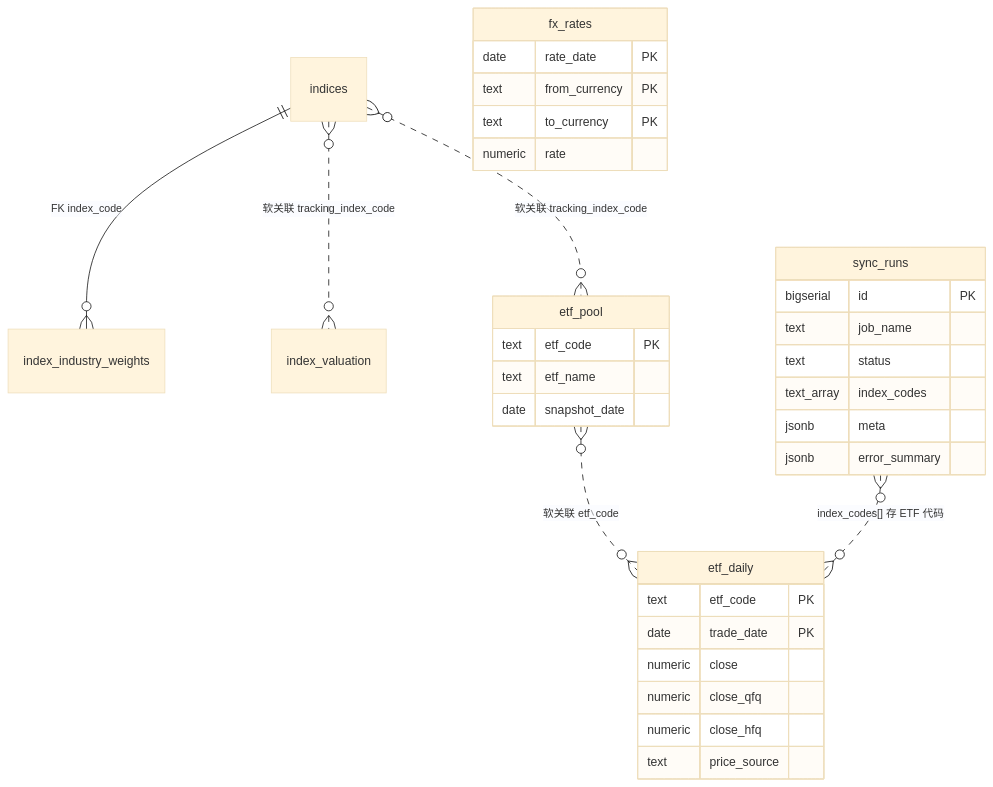
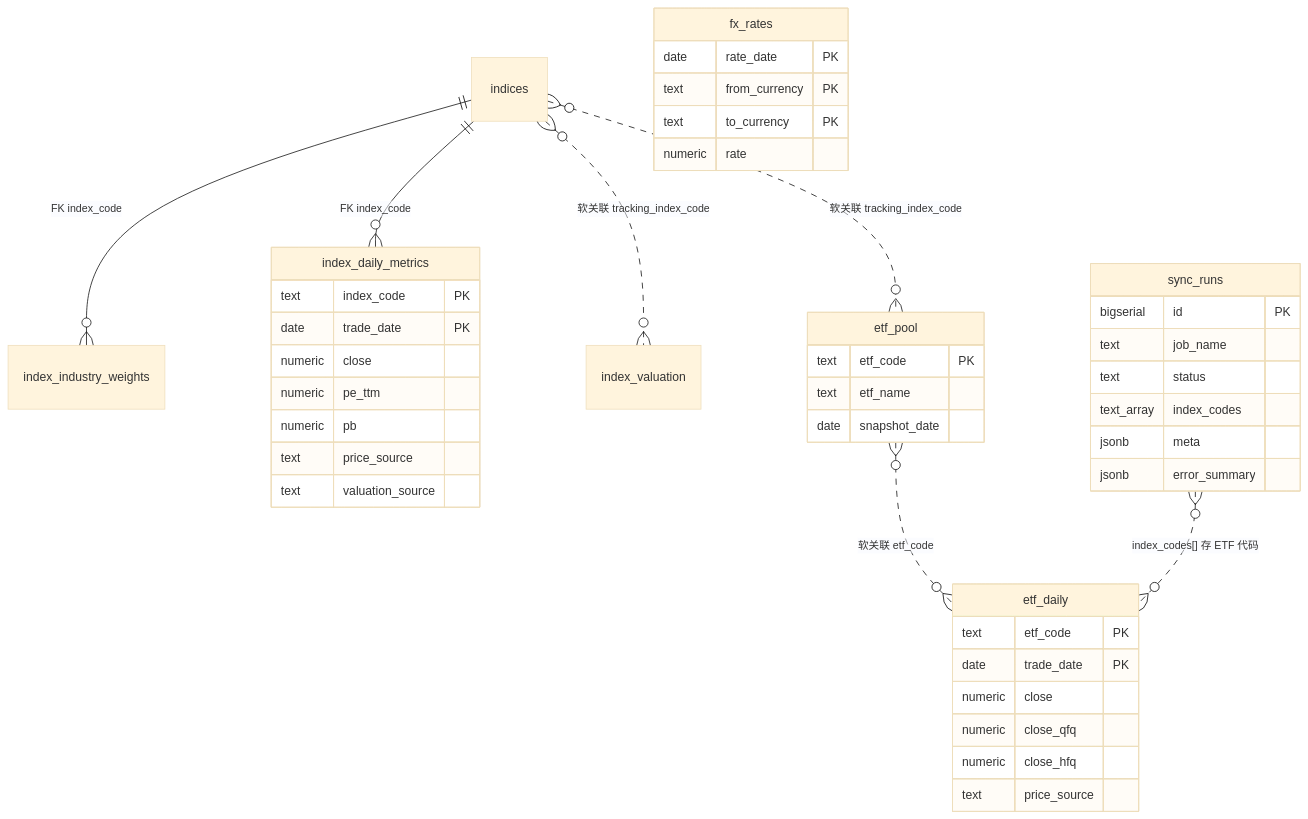
The diagram in doc/supabase-schema.md (AbnerSunLabs/scheduled-tasks), drawn with Mermaid (base theme) before and after one commit. The commit also changed other lines of this file and 15 other files, not shown here.

````diff
--- a/doc/supabase-schema.md
+++ b/doc/supabase-schema.md
@@ -46,40 +127,51 @@
 ```mermaid
 erDiagram
     indices ||--o{ index_industry_weights : "FK index_code"
+    indices ||--o{ index_daily_metrics : "FK index_code"
     indices }o..o{ index_valuation : "软关联 tracking_index_code"
     indices }o..o{ etf_pool : "软关联 tracking_index_code"
     etf_pool }o..o{ etf_daily : "软关联 etf_code"
     sync_runs }o..o{ etf_daily : "index_codes[] 存 ETF 代码"
 
     sync_runs {
         bigserial id PK
         text job_name
         text status
         text_array index_codes
         jsonb meta
         jsonb error_summary
     }
 
     etf_pool {
         text etf_code PK
         text etf_name
         date snapshot_date
     }
 
     etf_daily {
         text etf_code PK
         date trade_date PK
         numeric close
         numeric close_qfq
         numeric close_hfq
         text price_source
     }
 
+    index_daily_metrics {
+        text index_code PK
+        date trade_date PK
+        numeric close
+        numeric pe_ttm
+        numeric pb
+        text price_source
+        text valuation_source
+    }
+
     fx_rates {
         date rate_date PK
         text from_currency PK
         text to_currency PK
         numeric rate
     }
 
 ```
````
